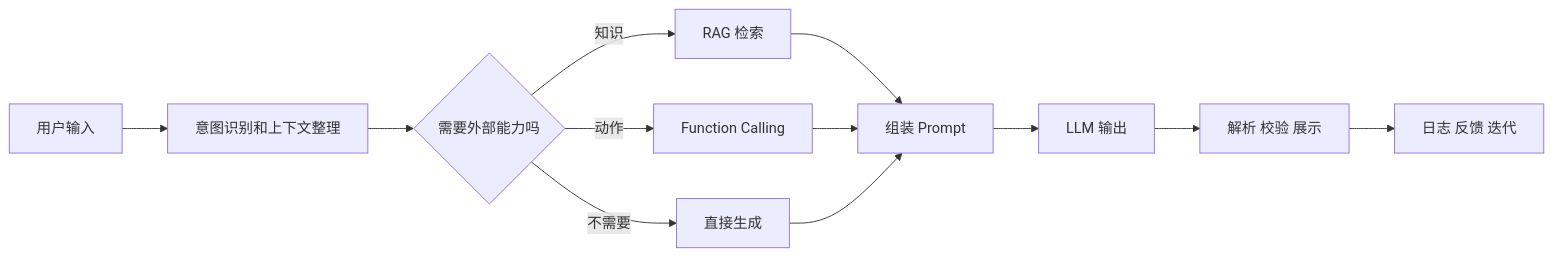
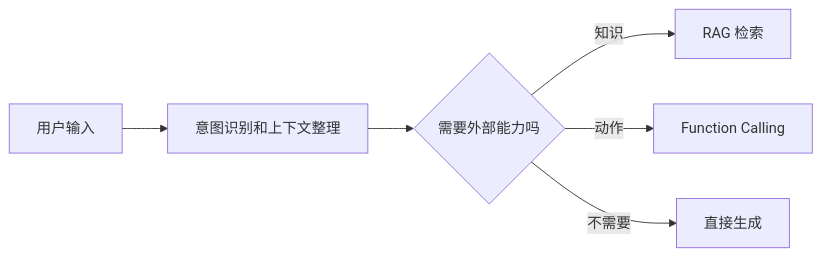
Before and after one commit to oudbiao/AI-fullstack-course: the third of 4 diagrams in docs/stage8b/ch03-app-dev/00-roadmap.md, drawn with Mermaid. The commit also changed other lines of this file and 139 other files, not shown here.

````diff
--- a/docs/stage8b/ch03-app-dev/00-roadmap.md
+++ b/docs/stage8b/ch03-app-dev/00-roadmap.md
@@ -53,14 +53,8 @@
 ```mermaid
 flowchart LR
   A[用户输入] --> B[意图识别和上下文整理]
   B --> C{需要外部能力吗}
   C -- 知识 --> D[RAG 检索]
   C -- 动作 --> E[Function Calling]
   C -- 不需要 --> F[直接生成]
-  D --> G[组装 Prompt]
-  E --> G
-  F --> G
-  G --> H[LLM 输出]
-  H --> I[解析 校验 展示]
-  I --> J[日志 反馈 迭代]
 ```
````
